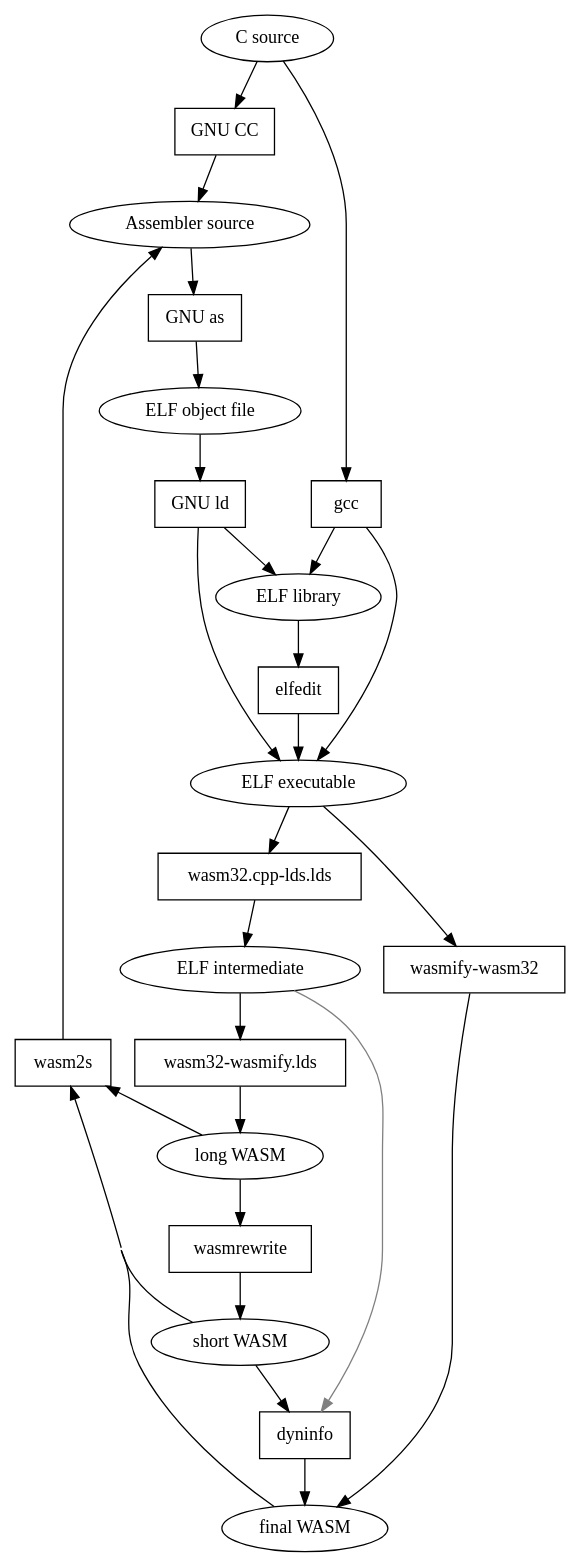
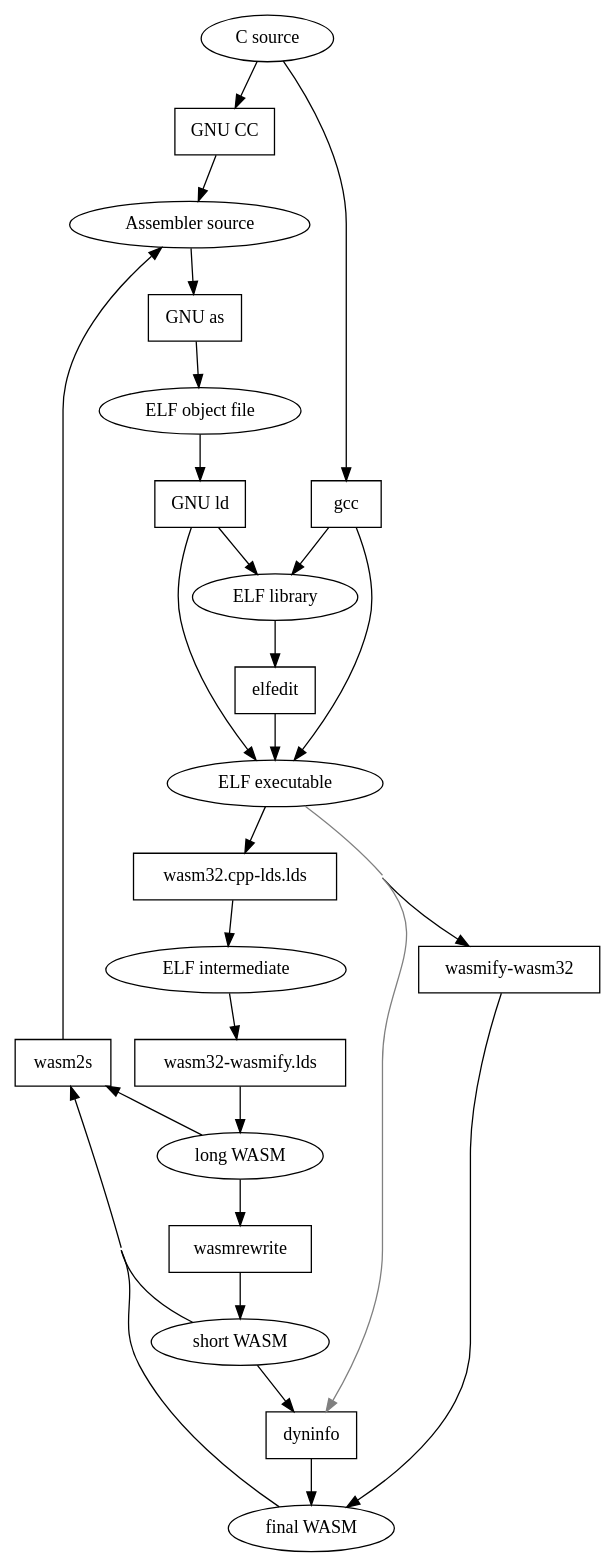
The diagram in wasm.dot (pipcet/asmjs), drawn with Graphviz before and after one commit. The commit also changed 8 other files, not shown here.

```diff
--- a/wasm.dot
+++ b/wasm.dot
@@ -1,44 +1,44 @@
 digraph G {
   concentrate=true;
   "C source" -> "gcc";
   "gcc" -> "ELF executable";
   "gcc" -> "ELF library";
   "ELF executable" -> "wasmify-wasm32";
   "wasmify-wasm32" -> "final WASM";
 
   "C source" -> "GNU CC";
   "GNU CC" -> "Assembler source";
   "Assembler source" -> "GNU as";
   "GNU as" -> "ELF object file";
   "ELF object file" -> "GNU ld";
   "GNU ld" -> "ELF library";
   "GNU ld" -> "ELF executable";
   "ELF object file" -> "GNU ld";
   "ELF library" -> "elfedit";
   "elfedit" -> "ELF executable";
   "ELF executable" -> "wasm32.cpp-lds.lds";
   "wasm32.cpp-lds.lds" -> "ELF intermediate";
   "ELF intermediate" -> "wasm32-wasmify.lds";
   "wasm32-wasmify.lds" -> "long WASM";
   "long WASM" -> "wasmrewrite";
   "wasmrewrite" -> "short WASM";
   "short WASM" -> "dyninfo";
   "dyninfo" -> "final WASM";
-  "ELF intermediate" -> "dyninfo" [color="grey"];
+  "ELF executable" -> "dyninfo" [color="grey"];
 
   "gcc" [shape=box];
   "GNU CC" [shape=box];
   "GNU as" [shape=box];
   "GNU ld" [shape=box];
   "elfedit" [shape=box];
   "wasm32.cpp-lds.lds" [shape=box];
   "wasm32-wasmify.lds" [shape=box];
   "wasmrewrite" [shape=box];
   "dyninfo" [shape=box];
   "wasmify-wasm32" [shape=box];
   "wasm2s" [shape=box, href="https://github.com/pipcet/asmjs/blob/everything/wasm32.org#wasm2s"];
   "Assembler source" -> "wasm2s" [dir=back];
   "wasm2s" -> "long WASM" [dir=back];
   "wasm2s" -> "short WASM" [dir=back];
   "wasm2s" -> "final WASM" [dir=back];
 }
```
